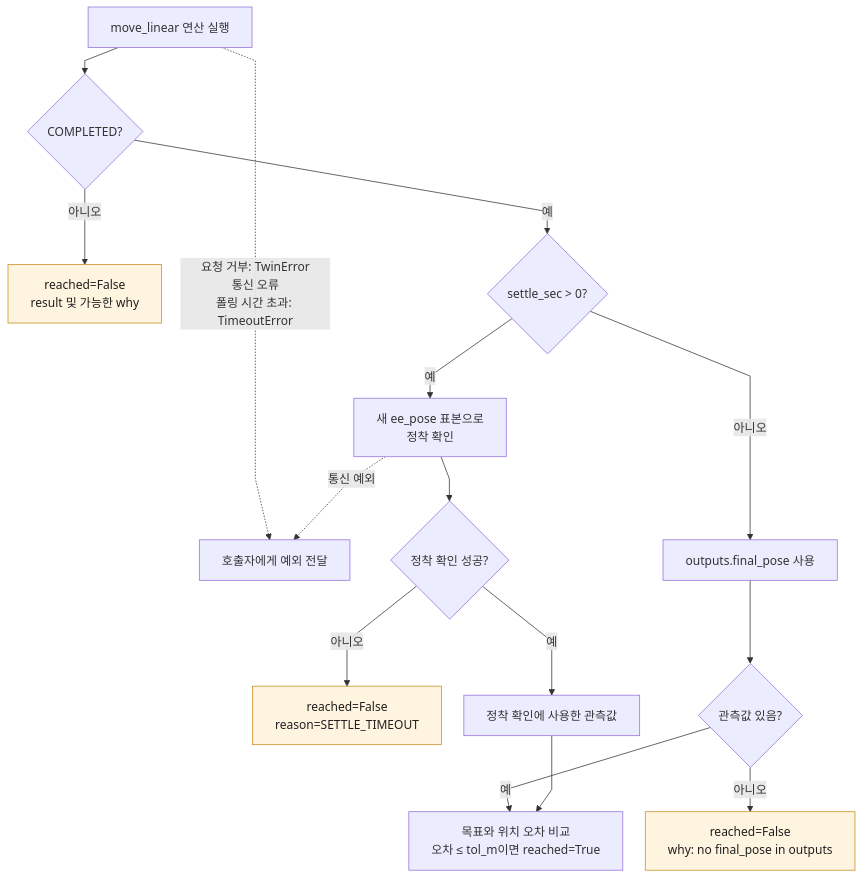
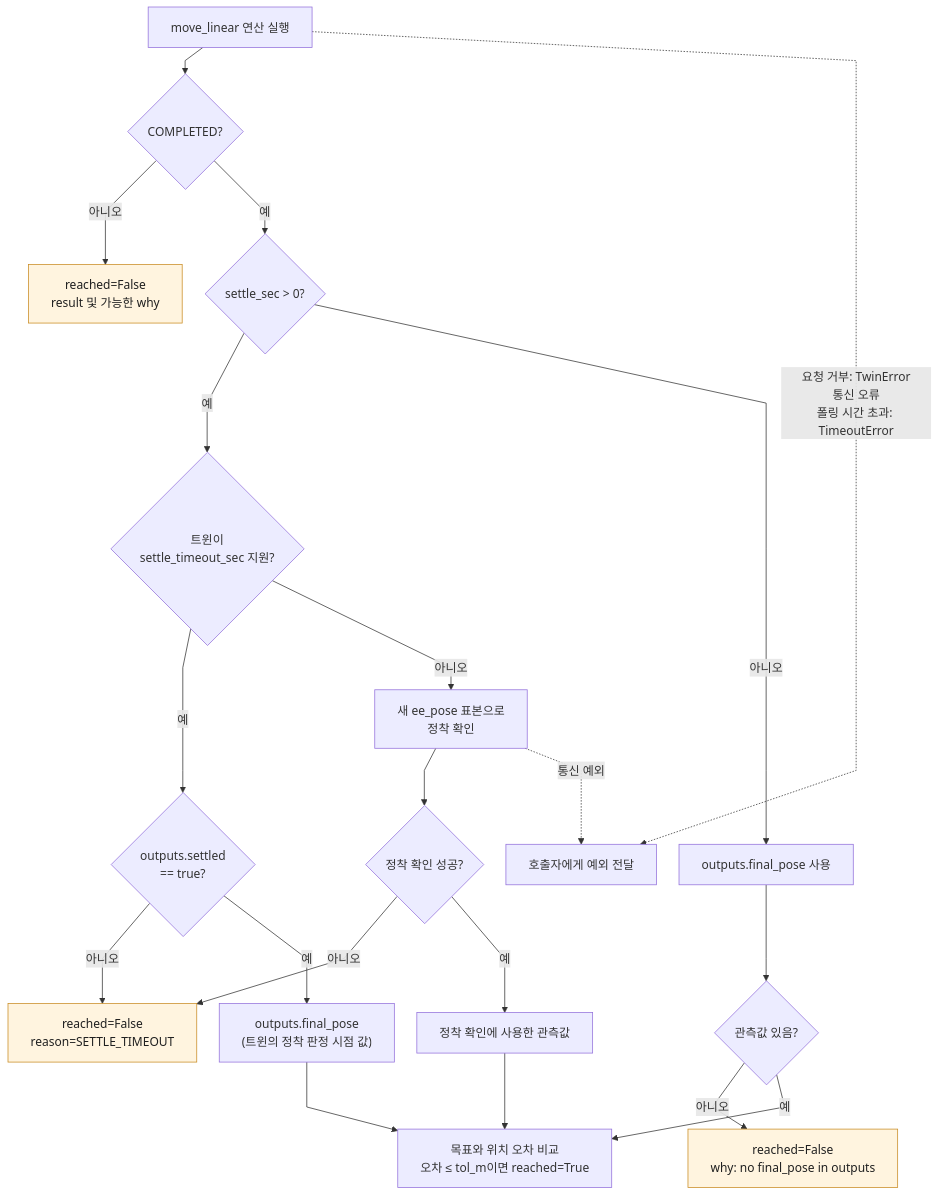
The third of 4 diagrams in docs/RobotTwinClient_가이드.md (kwlee0220/robot-twin-client), drawn with Mermaid before and after one commit. The commit also changed other lines of this file and 8 other files, not shown here.

First line of the commit message:
Use twin-side settle wait and surface MoveIt error causes

````diff
--- a/docs/RobotTwinClient_가이드.md
+++ b/docs/RobotTwinClient_가이드.md
@@ -272,20 +272,25 @@
 ```mermaid
 %%{init: {"flowchart": {"wrappingWidth": 400, "curve": "linear", "nodeSpacing": 30, "rankSpacing": 35}}}%%
 flowchart TB
     RUN["move_linear 연산 실행"] --> STATUS{"COMPLETED?"}
     RUN -.->|"요청 거부: TwinError<br/>통신 오류<br/>폴링 시간 초과: TimeoutError"| EX["호출자에게 예외 전달"]
     STATUS -->|아니오| FAIL["reached=False<br/>result 및 가능한 why"]
     STATUS -->|예| WAIT{"settle_sec > 0?"}
-    WAIT -->|예| STILL["새 ee_pose 표본으로<br/>정착 확인"]
+    WAIT -->|예| SRV{"트윈이<br/>settle_timeout_sec 지원?"}
+    SRV -->|예| SRVOK{"outputs.settled<br/>== true?"}
+    SRVOK -->|아니오| TIMEOUT
+    SRVOK -->|예| SRVFINAL["outputs.final_pose<br/>(트윈의 정착 판정 시점 값)"]
+    SRVFINAL --> COMPARE
+    SRV -->|아니오| STILL["새 ee_pose 표본으로<br/>정착 확인"]
     STILL --> CHECK{"정착 확인 성공?"}
     CHECK -->|아니오| TIMEOUT["reached=False<br/>reason=SETTLE_TIMEOUT"]
     CHECK -->|예| FINAL["정착 확인에 사용한 관측값"]
     WAIT -->|아니오| SNAP["outputs.final_pose 사용"]
     SNAP --> EXISTS{"관측값 있음?"}
     EXISTS -->|아니오| MISSING["reached=False<br/>why: no final_pose in outputs"]
     EXISTS -->|예| COMPARE["목표와 위치 오차 비교<br/>오차 ≤ tol_m이면 reached=True"]
     FINAL --> COMPARE
     STILL -.->|"통신 예외"| EX
     classDef failure fill:#fff4df,stroke:#c98b22,color:#202020
     class FAIL,TIMEOUT,MISSING failure
 ```
````
